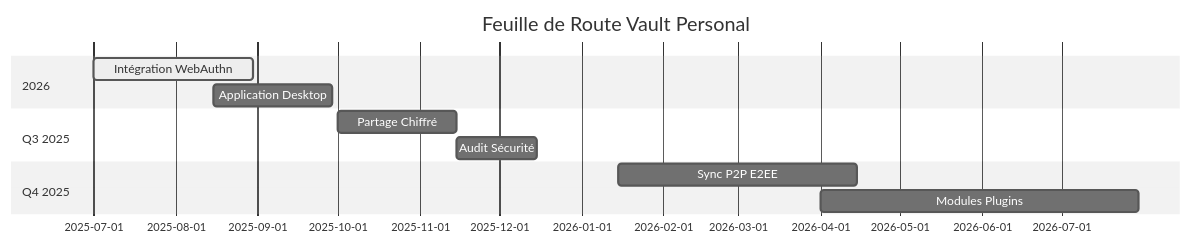
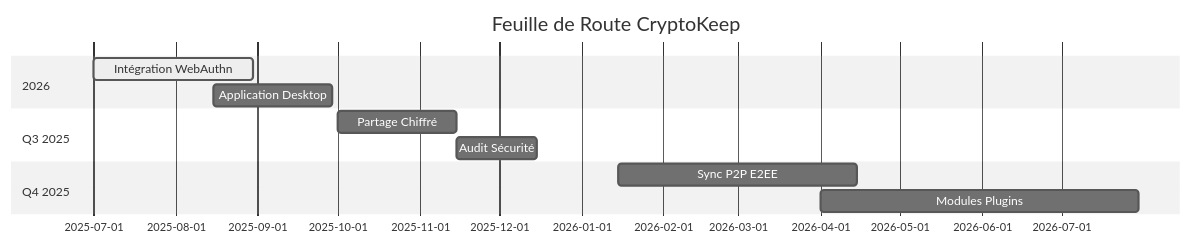
One commit to Giscolab/CryptoKeep changed the fourth of 4 diagrams in README.md. Above: the diagram before and after it, drawn with Mermaid (neutral theme). The commit also changed other lines of this file and 56 other files, not shown here.

````diff
--- a/README.md
+++ b/README.md
@@ -141,14 +148,14 @@
 ```mermaid
 gantt
-    title Feuille de Route Vault Personal
+    title Feuille de Route CryptoKeep
     dateFormat  YYYY-MM-DD
     section Q3 2025
     Intégration WebAuthn       :active, 2025-07-01, 60d
     Application Desktop        :2025-08-15, 45d
     section Q4 2025
     Partage Chiffré            :2025-10-01, 45d
     Audit Sécurité             :2025-11-15, 30d
     section 2026
     Sync P2P E2EE             :2026-01-15, 90d
     Modules Plugins            :2026-04-01, 120d
 ```
````
